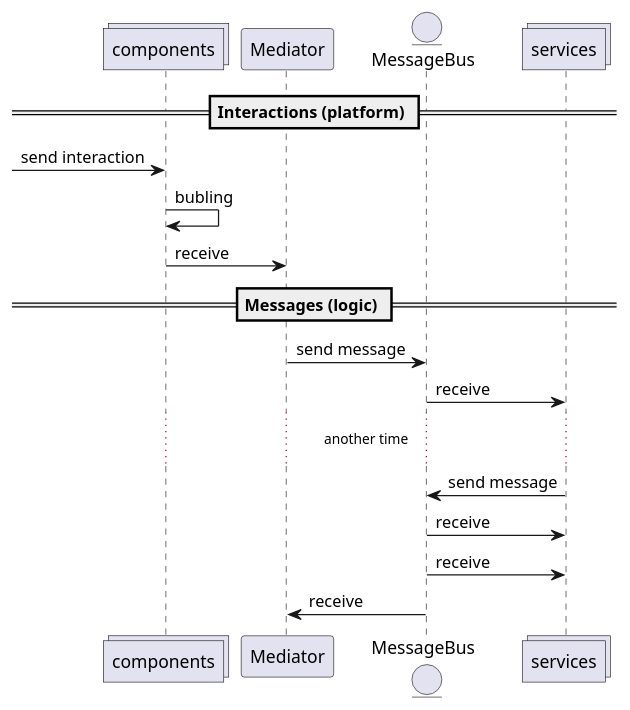
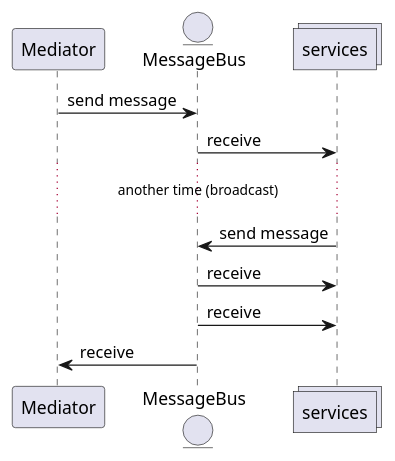
Before and after one commit to akobr/blazor.widgetised: the sixth of 10 diagrams in docs/diagrams.puml, drawn with PlantUML. The commit also changed other lines of this file and 1 other file, not shown here.

Commit message:
split of architecture diagram

```diff
--- a/docs/diagrams.puml
+++ b/docs/diagrams.puml
@@ -102,26 +138,17 @@
-@startuml messaging
+@startuml messaging-message
 
-collections components order 1
-participant Mediator order 2
-entity MessageBus order 3
-collections services order 4
-
-== Interactions (platform) ==
-
-[-> components : send interaction
-components -> components : bubling
-components -> Mediator : receive
-
-== Messages (logic) ==
+participant Mediator order 1
+entity MessageBus order 2
+collections services order 3
 
 Mediator -> MessageBus : send message
 MessageBus -> services : receive
 
-...another time...
+...another time (broadcast)...
 
 services -> MessageBus : send message
 MessageBus -> services : receive
 MessageBus -> services : receive
 MessageBus -> Mediator : receive
 
 @enduml
```
